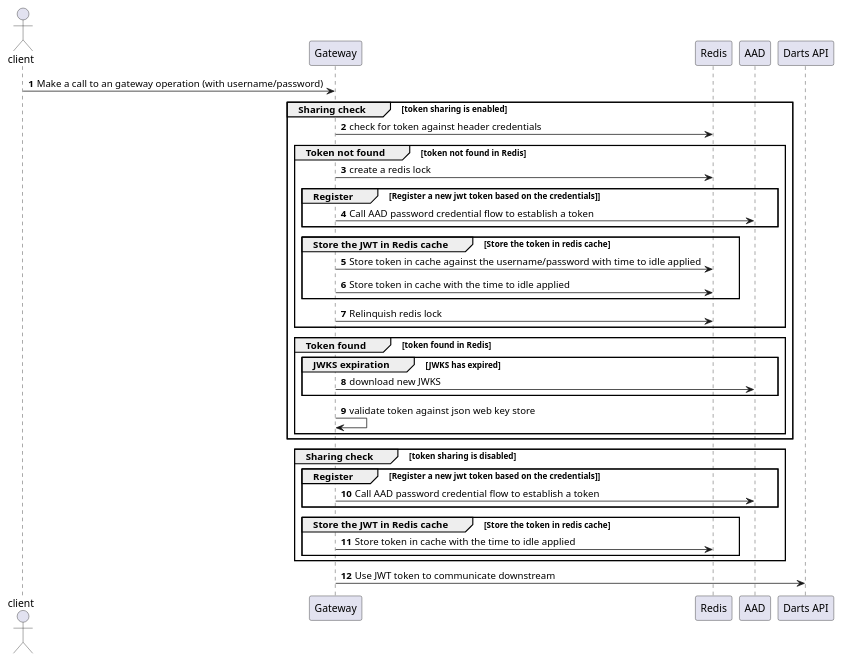
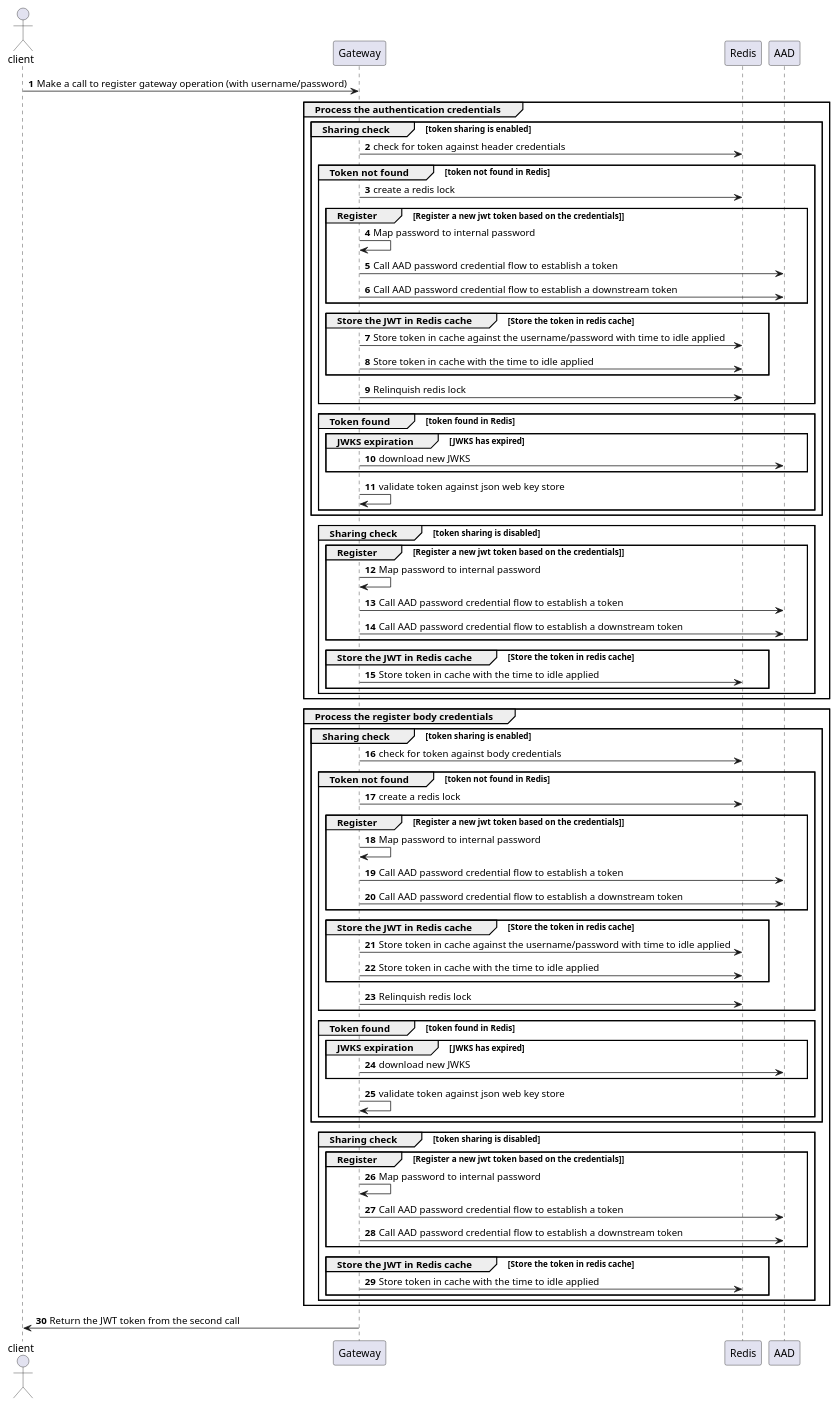
One commit to hmcts/darts-gateway changed the diagram in docs/token_allocation.puml. Above: the diagram before and after it, drawn with PlantUML. The commit also changed 2 other files, not shown here.

Commit message:
Add diagrams

```diff
--- a/docs/token_allocation.puml
+++ b/docs/token_allocation.puml
@@ -1,52 +1,104 @@
 @startuml
 'https://plantuml.com/sequence-diagram
 
 autonumber
 
 
 actor "client"
 
-"client" -> "Gateway" : Make a call to an gateway operation (with username/password)
+"client" -> "Gateway" : Make a call to register gateway operation (with username/password)
 
-group Sharing check [token sharing is enabled]
+group Process the authentication credentials
+    group Sharing check [token sharing is enabled]
 
-  "Gateway" -> Redis : check for token against header credentials
+      "Gateway" -> Redis : check for token against header credentials
 
-  group Token not found [token not found in Redis]
+      group Token not found [token not found in Redis]
 
-    Gateway -> Redis : create a redis lock
+        Gateway -> Redis : create a redis lock
 
-    group Register [Register a new jwt token based on the credentials]]
-      "Gateway" -> "AAD" : Call AAD password credential flow to establish a token
+        group Register [Register a new jwt token based on the credentials]]
+            "Gateway" -> "Gateway" : Map password to internal password
+            "Gateway" -> "AAD" : Call AAD password credential flow to establish a token
+            "Gateway" -> "AAD" : Call AAD password credential flow to establish a downstream token
+        end
+
+        group Store the JWT in Redis cache [Store the token in redis cache]
+          "Gateway" -> "Redis" : Store token in cache against the username/password with time to idle applied
+          "Gateway" -> "Redis" : Store token in cache with the time to idle applied
+        end
+
+        Gateway -> "Redis" : Relinquish redis lock
+      end
+
+      group Token found [token found in Redis]
+        group JWKS expiration [JWKS has expired]
+          Gateway -> AAD: download new JWKS
+        end
+
+        Gateway -> Gateway: validate token against json web key store
+      end
     end
 
-    group Store the JWT in Redis cache [Store the token in redis cache]
-      "Gateway" -> "Redis" : Store token in cache against the username/password with time to idle applied
-      "Gateway" -> "Redis" : Store token in cache with the time to idle applied
+    group Sharing check [token sharing is disabled]
+        group Register [Register a new jwt token based on the credentials]]
+              "Gateway" -> "Gateway" : Map password to internal password
+                  "Gateway" -> "AAD" : Call AAD password credential flow to establish a token
+                  "Gateway" -> "AAD" : Call AAD password credential flow to establish a downstream token
+        end
+
+          group Store the JWT in Redis cache [Store the token in redis cache]
+            "Gateway" -> "Redis" : Store token in cache with the time to idle applied
+          end
+    end
+end
+
+group Process the register body credentials
+    group Sharing check [token sharing is enabled]
+
+      "Gateway" -> Redis : check for token against body credentials
+
+      group Token not found [token not found in Redis]
+
+        Gateway -> Redis : create a redis lock
+
+        group Register [Register a new jwt token based on the credentials]]
+            "Gateway" -> "Gateway" : Map password to internal password
+            "Gateway" -> "AAD" : Call AAD password credential flow to establish a token
+            "Gateway" -> "AAD" : Call AAD password credential flow to establish a downstream token
+        end
+
+        group Store the JWT in Redis cache [Store the token in redis cache]
+          "Gateway" -> "Redis" : Store token in cache against the username/password with time to idle applied
+          "Gateway" -> "Redis" : Store token in cache with the time to idle applied
+        end
+
+        Gateway -> "Redis" : Relinquish redis lock
+      end
+
+      group Token found [token found in Redis]
+        group JWKS expiration [JWKS has expired]
+          Gateway -> AAD: download new JWKS
+        end
+
+        Gateway -> Gateway: validate token against json web key store
+      end
     end
 
-    Gateway -> "Redis" : Relinquish redis lock
-  end
+    group Sharing check [token sharing is disabled]
+        group Register [Register a new jwt token based on the credentials]]
+              "Gateway" -> "Gateway" : Map password to internal password
+                  "Gateway" -> "AAD" : Call AAD password credential flow to establish a token
+                  "Gateway" -> "AAD" : Call AAD password credential flow to establish a downstream token
+        end
 
-  group Token found [token found in Redis]
-    group JWKS expiration [JWKS has expired]
-      Gateway -> AAD: download new JWKS
+          group Store the JWT in Redis cache [Store the token in redis cache]
+            "Gateway" -> "Redis" : Store token in cache with the time to idle applied
+          end
     end
-
-    Gateway -> Gateway: validate token against json web key store
-  end
 end
 
-group Sharing check [token sharing is disabled]
-    group Register [Register a new jwt token based on the credentials]]
-        "Gateway" -> "AAD" : Call AAD password credential flow to establish a token
-      end
 
-      group Store the JWT in Redis cache [Store the token in redis cache]
-        "Gateway" -> "Redis" : Store token in cache with the time to idle applied
-      end
-end
-
-Gateway -> "Darts API" : Use JWT token to communicate downstream
+Gateway -> "client" : Return the JWT token from the second call
 
 @enduml
```
